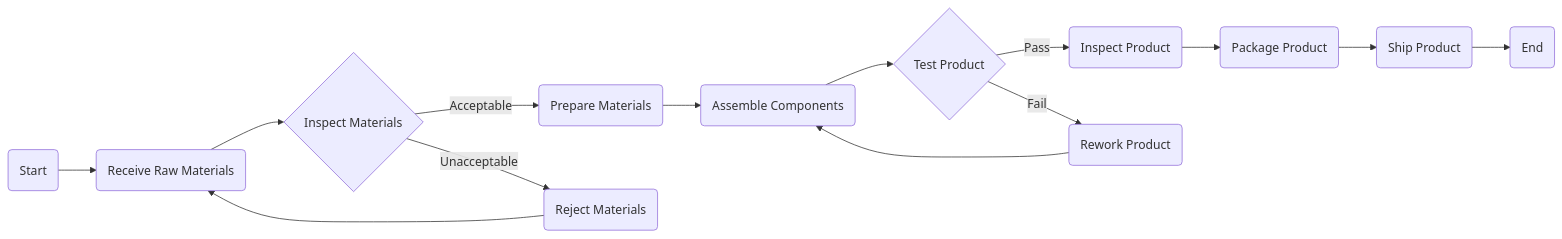
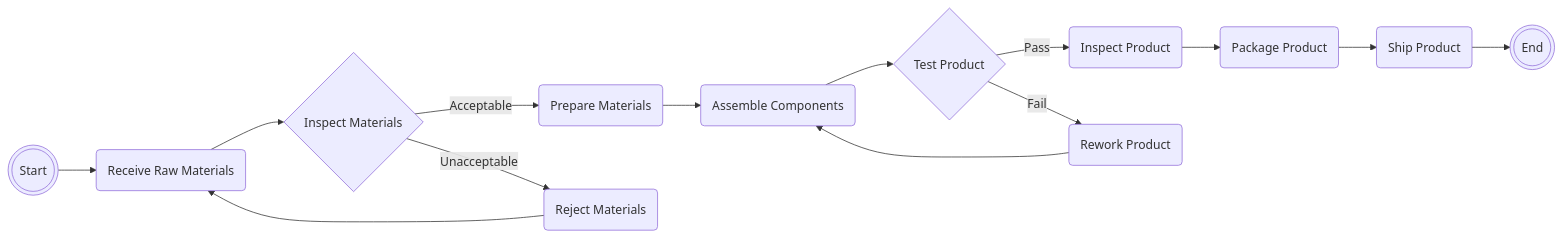
The diagram in README.md (emmahone/Operations-Management), drawn with Mermaid before and after one commit.

````diff
--- a/README.md
+++ b/README.md
@@ -25,16 +25,16 @@
 ```mermaid
 graph LR
-A(Start) --> B(Receive Raw Materials)
+A(((Start))) --> B(Receive Raw Materials)
 B --> C{Inspect Materials}
 C -->|Acceptable| D(Prepare Materials)
 C -->|Unacceptable| E(Reject Materials)
 D --> F(Assemble Components)
 F --> G{Test Product}
 G -->|Pass| H(Inspect Product)
 G -->|Fail| I(Rework Product)
 H --> J(Package Product)
 J --> K(Ship Product)
-K --> L(End)
+K --> L(((End)))
 I --> F
 E --> B
 ```
````
